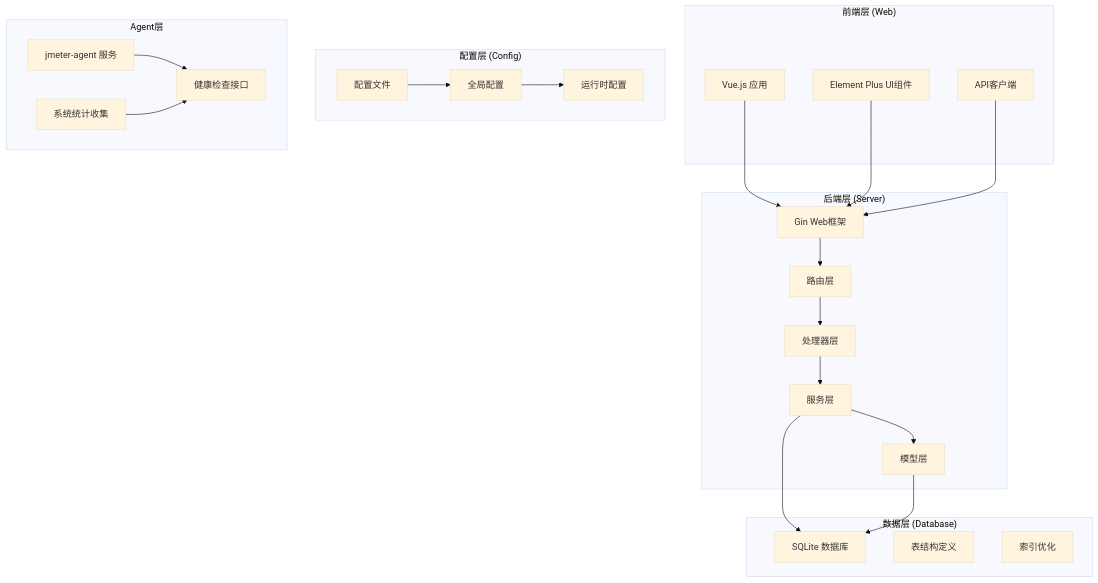
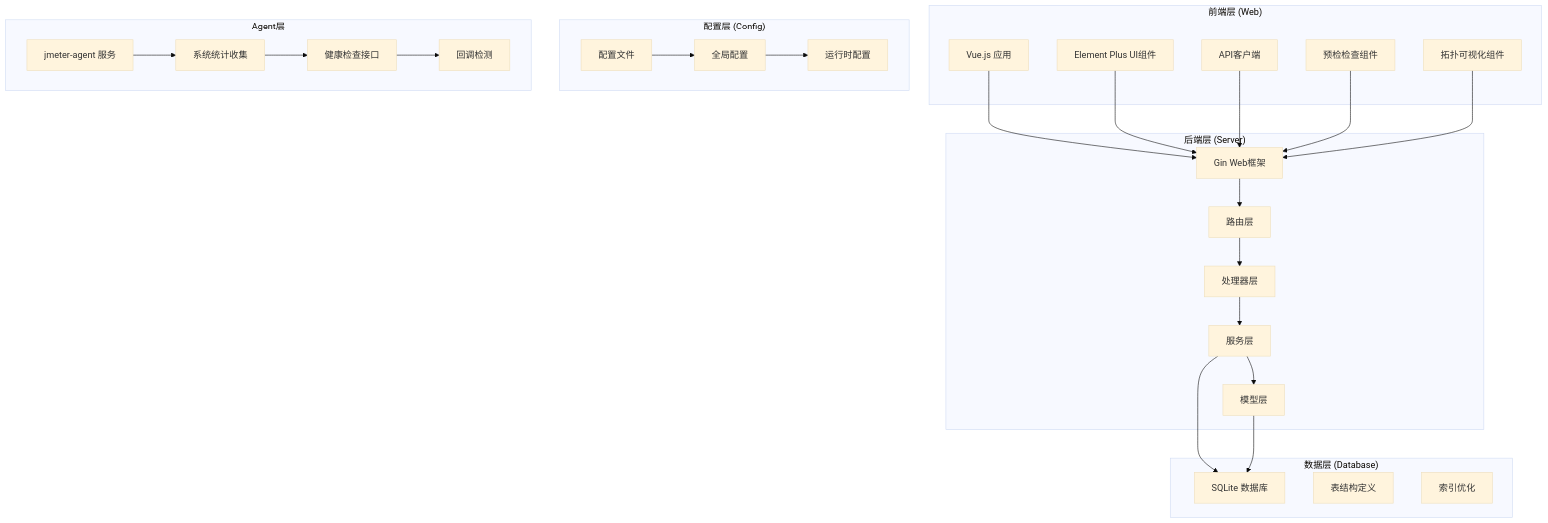
One commit to Liyuhao02/Jmeter-Admin changed the first of 18 diagrams in .qoder/repowiki/zh/content/核心业务模块/Slave节点管理系统/Slave节点管理系统.md. Above: the diagram before and after it, drawn with Mermaid (base theme). The commit also changed other lines of this file and 16 other files, not shown here.

````diff
--- a/.qoder/repowiki/zh/content/核心业务模块/Slave节点管理系统/Slave节点管理系统.md
+++ b/.qoder/repowiki/zh/content/核心业务模块/Slave节点管理系统/Slave节点管理系统.md
@@ -53,43 +56,49 @@
 ```mermaid
 graph TB
 subgraph "前端层 (Web)"
 A[Vue.js 应用]
 B[Element Plus UI组件]
 C[API客户端]
+D[预检检查组件]
+E[拓扑可视化组件]
 end
 subgraph "后端层 (Server)"
-D[Gin Web框架]
-E[路由层]
-F[处理器层]
-G[服务层]
-H[模型层]
+F[Gin Web框架]
+G[路由层]
+H[处理器层]
+I[服务层]
+J[模型层]
 end
 subgraph "数据层 (Database)"
-I[SQLite 数据库]
-J[表结构定义]
-K[索引优化]
+K[SQLite 数据库]
+L[表结构定义]
+M[索引优化]
 end
 subgraph "配置层 (Config)"
-L[配置文件]
-M[全局配置]
-N[运行时配置]
+N[配置文件]
+O[全局配置]
+P[运行时配置]
 end
 subgraph "Agent层"
-O[jmeter-agent 服务]
-P[系统统计收集]
-Q[健康检查接口]
+Q[jmeter-agent 服务]
+R[系统统计收集]
+S[健康检查接口]
+T[回调检测]
 end
-A --> D
-B --> D
-C --> D
-D --> E
+A --> F
+B --> F
+C --> F
+D --> F
 E --> F
 F --> G
 G --> H
-G --> I
 H --> I
-L --> M
-M --> N
-O --> Q
-P --> Q
+I --> J
+I --> K
+J --> K
+N --> O
+O --> P
+Q --> R
+R --> S
+S --> T
 ```
````
